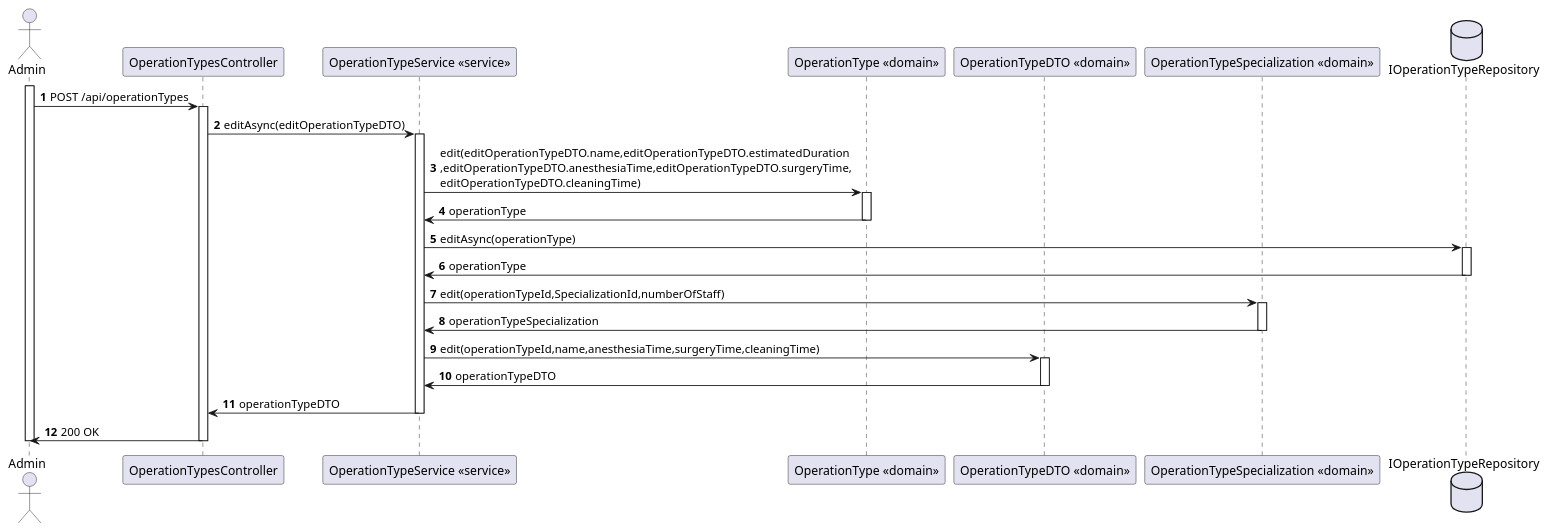
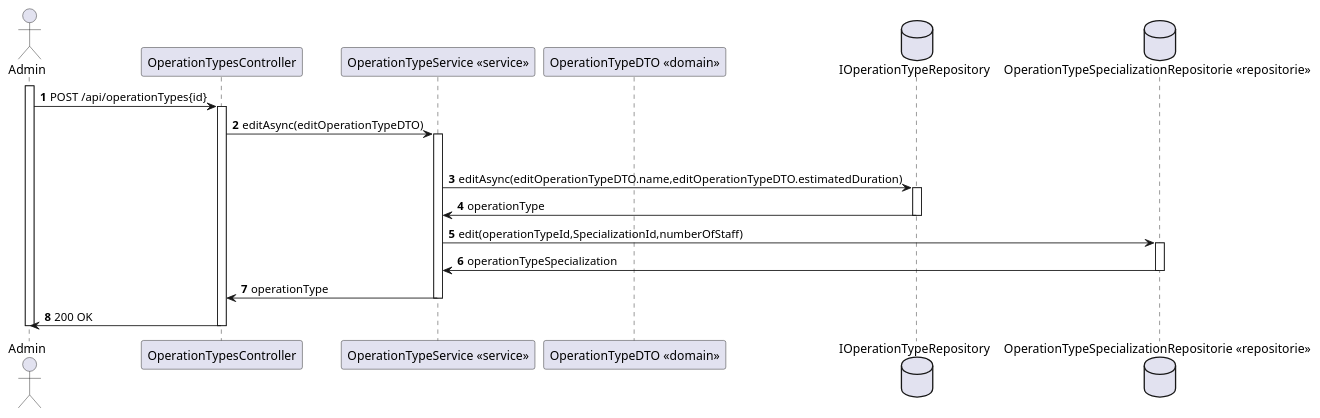
The diagram in docs/OperationTypeEdit/views/level3/process-view2.puml (Lapr5G21/sem5pi-24-25-3ddg21), drawn with PlantUML before and after one commit. The commit also changed 11 other files, not shown here.

```diff
--- a/docs/OperationTypeEdit/views/level3/process-view2.puml
+++ b/docs/OperationTypeEdit/views/level3/process-view2.puml
@@ -1,60 +1,50 @@
 @startuml 
 autonumber
 actor Admin as "Admin"
 participant CTRL as "OperationTypesController"
 participant SERVICE as "OperationTypeService <<service>>"
-participant OperationType as "OperationType <<domain>>"
 participant OperationTypeDTO as "OperationTypeDTO <<domain>>"
-participant OperationTypeSpecialization as "OperationTypeSpecialization <<domain>>"
 database IOperationTypeRepository as "IOperationTypeRepository"
+database OperationTypeSpecializationRepositorie as "OperationTypeSpecializationRepositorie <<repositorie>>"
+
 
 activate Admin
 
-Admin -> CTRL : POST /api/operationTypes
+Admin -> CTRL : POST /api/operationTypes{id}
 activate CTRL
 
 CTRL -> SERVICE : editAsync(editOperationTypeDTO)
 activate SERVICE
 
-SERVICE -> OperationType : edit(editOperationTypeDTO.name,editOperationTypeDTO.estimatedDuration\n,editOperationTypeDTO.anesthesiaTime,editOperationTypeDTO.surgeryTime,\neditOperationTypeDTO.cleaningTime)
 
-activate OperationType
 
-OperationType -> SERVICE : operationType
+deactivate IOperationTypeRepository
 
-deactivate OperationType
-
-SERVICE -> IOperationTypeRepository : editAsync(operationType)
+SERVICE -> IOperationTypeRepository : editAsync(editOperationTypeDTO.name,editOperationTypeDTO.estimatedDuration)
 
 activate IOperationTypeRepository
 
 IOperationTypeRepository -> SERVICE : operationType
 
 deactivate IOperationTypeRepository
 
-SERVICE -> OperationTypeSpecialization : edit(operationTypeId,SpecializationId,numberOfStaff)
+SERVICE -> OperationTypeSpecializationRepositorie : edit(operationTypeId,SpecializationId,numberOfStaff)
 
-activate OperationTypeSpecialization 
+activate OperationTypeSpecializationRepositorie 
 
-OperationTypeSpecialization -> SERVICE : operationTypeSpecialization
+OperationTypeSpecializationRepositorie -> SERVICE : operationTypeSpecialization
 
-deactivate OperationTypeSpecialization
+deactivate OperationTypeSpecializationRepositorie
 
-SERVICE -> OperationTypeDTO : edit(operationTypeId,name,anesthesiaTime,surgeryTime,cleaningTime)
 
-activate OperationTypeDTO
 
-OperationTypeDTO -> SERVICE : operationTypeDTO
-
-deactivate OperationTypeDTO
-
-SERVICE -> CTRL : operationTypeDTO
+SERVICE -> CTRL : operationType
 
 deactivate SERVICE 
 
 CTRL -> Admin : 200 OK
 
 deactivate CTRL 
 
 deactivate Admin
 @enduml
```
